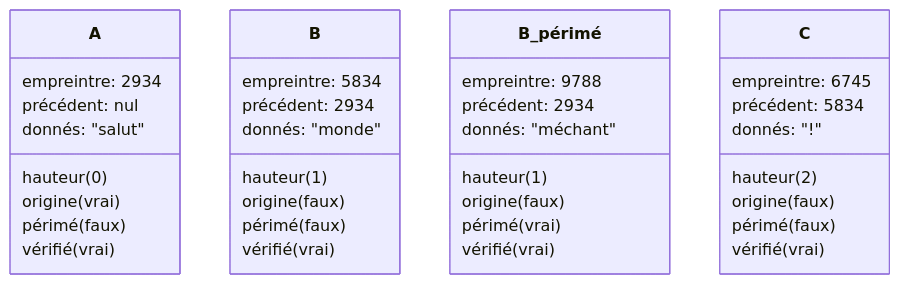
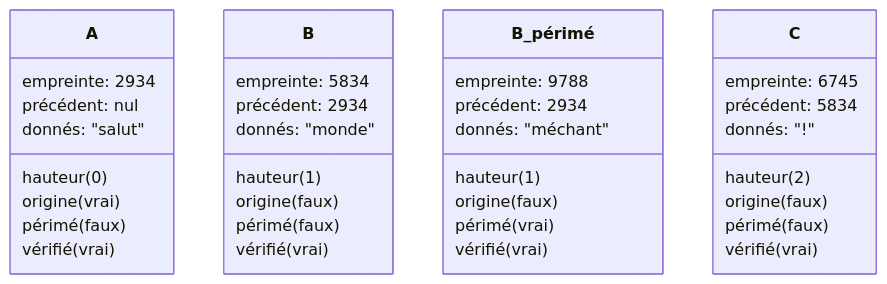
Before and after one commit to weisrc/present-blockchain: the second of 12 diagrams in slides.md, drawn with Mermaid. The commit also changed other lines of this file, not shown here.

````diff
--- a/slides.md
+++ b/slides.md
@@ -89,46 +89,46 @@
 ```mermaid {scale: 0.7}
 classDiagram
 class A{
-  empreintre: 2934
+  empreinte: 2934
   précédent: nul
   donnés: "salut"
 
   hauteur(0)
   origine(vrai)
   périmé(faux)
   vérifié(vrai)
 }
 
 class B {
-  empreintre: 5834
+  empreinte: 5834
   précédent: 2934
   donnés: "monde"
 
   hauteur(1)
   origine(faux)
   périmé(faux)
   vérifié(vrai)
 }
 
 class B_périmé {
-  empreintre: 9788
+  empreinte: 9788
   précédent: 2934
   donnés: "méchant"
 
   hauteur(1)
   origine(faux)
   périmé(vrai)
   vérifié(vrai)
 }
 
 class C {
-  empreintre: 6745
+  empreinte: 6745
   précédent: 5834
   donnés: "!"
 
   hauteur(2)
   origine(faux)
   périmé(faux)
   vérifié(vrai)
 }
 ```
````
